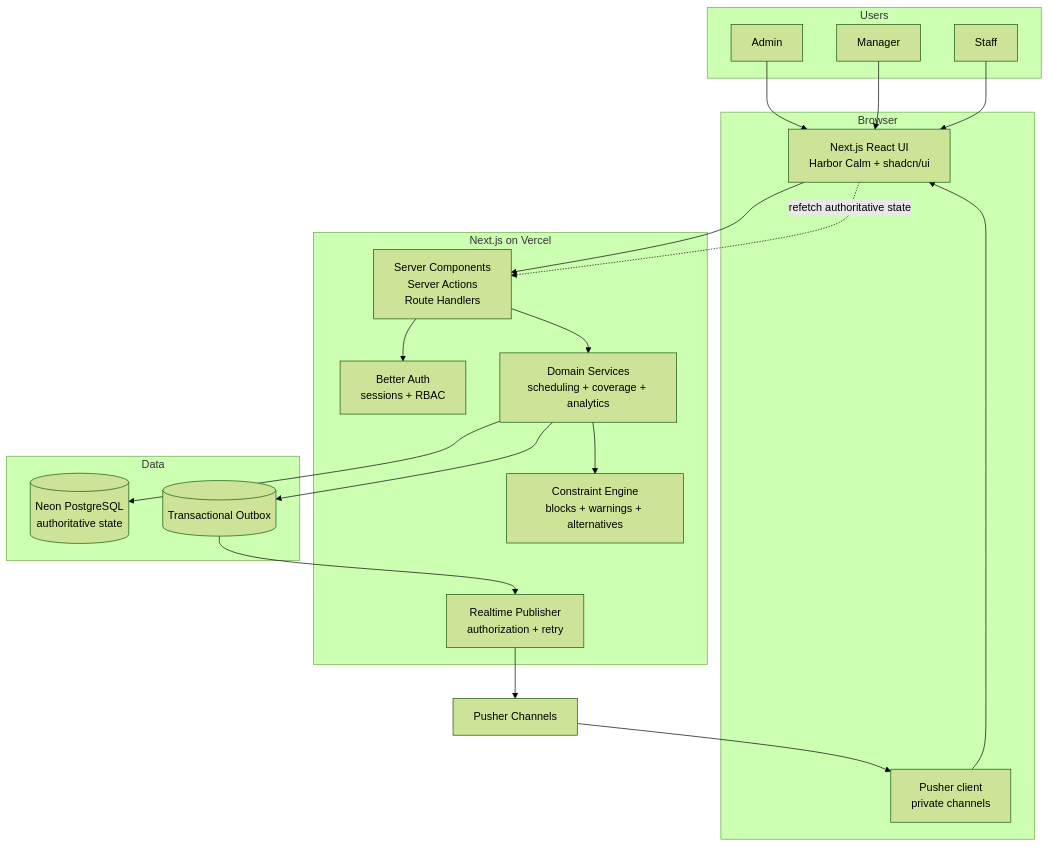
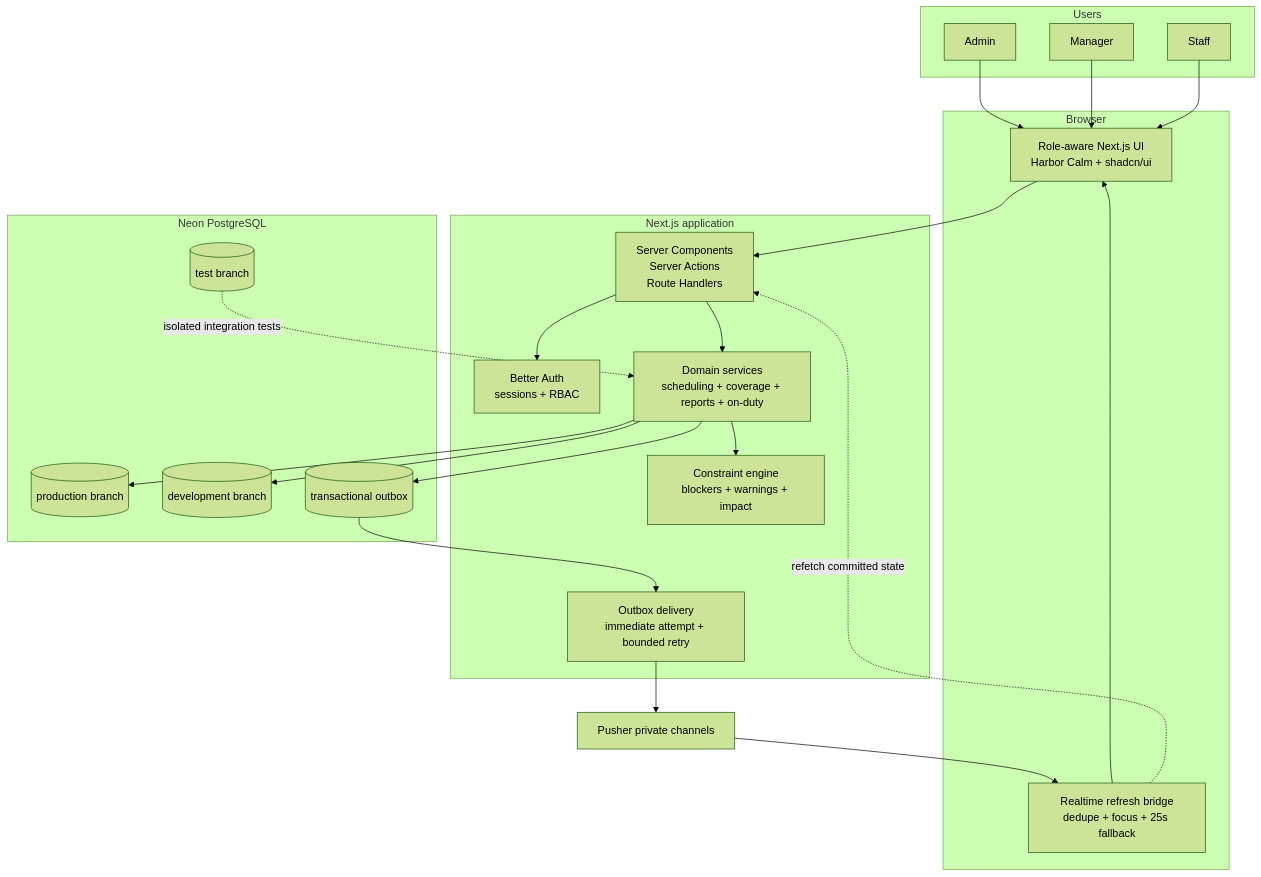
One commit to mbeka02/ShiftSync changed the first of 2 diagrams in README.md. Above: the diagram before and after it, drawn with Mermaid (forest theme). The commit also changed other lines of this file, not shown here.

Commit message:
docs: document architecture and evaluator workflow

````diff
--- a/README.md
+++ b/README.md
@@ -52,43 +74,47 @@
 ```mermaid
 flowchart TB
     subgraph Users
         Admin[Admin]
         Manager[Manager]
         Staff[Staff]
     end
 
     subgraph Browser
-        UI[Next.js React UI<br/>Harbor Calm + shadcn/ui]
-        RealtimeClient[Pusher client<br/>private channels]
+        UI[Role-aware Next.js UI<br/>Harbor Calm + shadcn/ui]
+        Refresh[Realtime refresh bridge<br/>dedupe + focus + 25s fallback]
     end
 
-    subgraph Application[Next.js on Vercel]
+    subgraph Application[Next.js application]
         Entry[Server Components<br/>Server Actions<br/>Route Handlers]
         Auth[Better Auth<br/>sessions + RBAC]
-        Domain[Domain Services<br/>scheduling + coverage + analytics]
-        Constraints[Constraint Engine<br/>blocks + warnings + alternatives]
-        Publisher[Realtime Publisher<br/>authorization + retry]
+        Domain[Domain services<br/>scheduling + coverage + reports + on-duty]
+        Constraints[Constraint engine<br/>blockers + warnings + impact]
+        Drain[Outbox delivery<br/>immediate attempt + bounded retry]
     end
 
-    subgraph Data
-        Postgres[(Neon PostgreSQL<br/>authoritative state)]
-        Outbox[(Transactional Outbox)]
+    subgraph Neon[Neon PostgreSQL]
+        Production[(production branch)]
+        Development[(development branch)]
+        Test[(test branch)]
+        Outbox[(transactional outbox)]
     end
 
-    Pusher[Pusher Channels]
+    Pusher[Pusher private channels]
 
     Admin --> UI
     Manager --> UI
     Staff --> UI
     UI --> Entry
     Entry --> Auth
     Entry --> Domain
     Domain --> Constraints
-    Domain --> Postgres
+    Domain --> Development
+    Domain --> Production
     Domain --> Outbox
-    Outbox --> Publisher
-    Publisher --> Pusher
-    Pusher --> RealtimeClient
-    RealtimeClient --> UI
-    UI -. refetch authoritative state .-> Entry
+    Test -. isolated integration tests .-> Domain
+    Outbox --> Drain
+    Drain --> Pusher
+    Pusher --> Refresh
+    Refresh --> UI
+    Refresh -. refetch committed state .-> Entry
 ```
````
